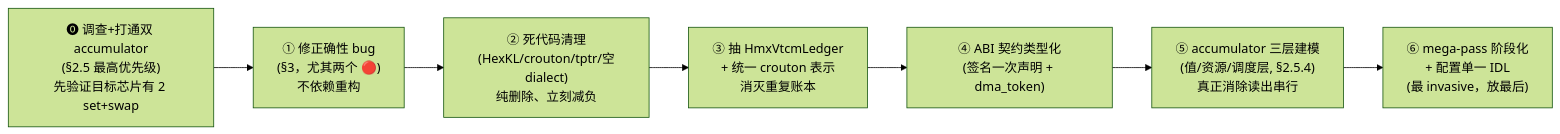
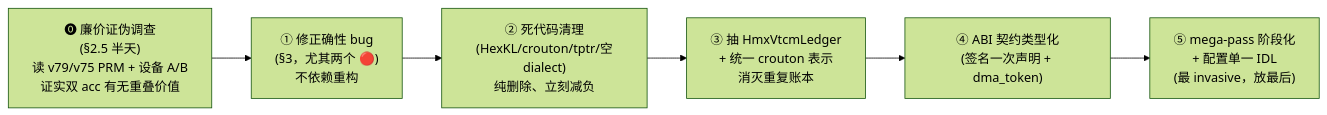
Before and after one commit to Dino1844/hexagon-mlir: the diagram in roadmap/ARCH-REVIEW.md, drawn with Mermaid (forest theme). The commit also changed other lines of this file, not shown here.

First line of the commit message:
roadmap: correct §2.5 — dual-accumulator benefit was overstated, not proven

````diff
--- a/roadmap/ARCH-REVIEW.md
+++ b/roadmap/ARCH-REVIEW.md
@@ -235,9 +260,8 @@
 ```mermaid
 flowchart LR
-    A["⓿ 调查+打通双 accumulator<br/>(§2.5 最高优先级)<br/>先验证目标芯片有 2 set+swap"] --> B["① 修正确性 bug<br/>(§3，尤其两个 🔴)<br/>不依赖重构"]
+    A["⓿ 廉价证伪调查<br/>(§2.5 半天)<br/>读 v79/v75 PRM + 设备 A/B<br/>证实双 acc 有无重叠价值"] --> B["① 修正确性 bug<br/>(§3，尤其两个 🔴)<br/>不依赖重构"]
     B --> C["② 死代码清理<br/>(HexKL/crouton/tptr/空dialect)<br/>纯删除、立刻减负"]
     C --> D["③ 抽 HmxVtcmLedger<br/>+ 统一 crouton 表示<br/>消灭重复账本"]
     D --> E["④ ABI 契约类型化<br/>(签名一次声明 + dma_token)"]
-    E --> F["⑤ accumulator 三层建模<br/>(值/资源/调度层, §2.5.4)<br/>真正消除读出串行"]
-    F --> G["⑥ mega-pass 阶段化<br/>+ 配置单一 IDL<br/>(最 invasive，放最后)"]
+    E --> F["⑤ mega-pass 阶段化<br/>+ 配置单一 IDL<br/>(最 invasive，放最后)"]
 ```
````
